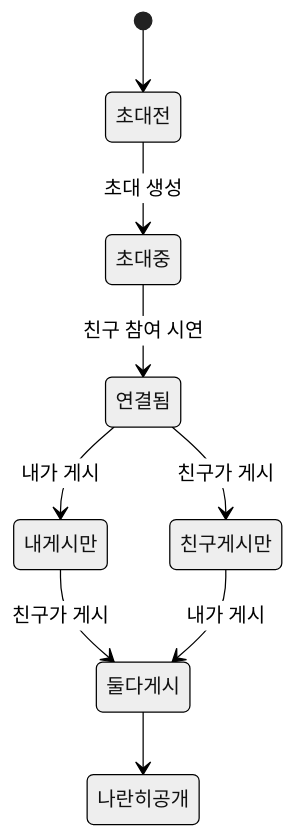
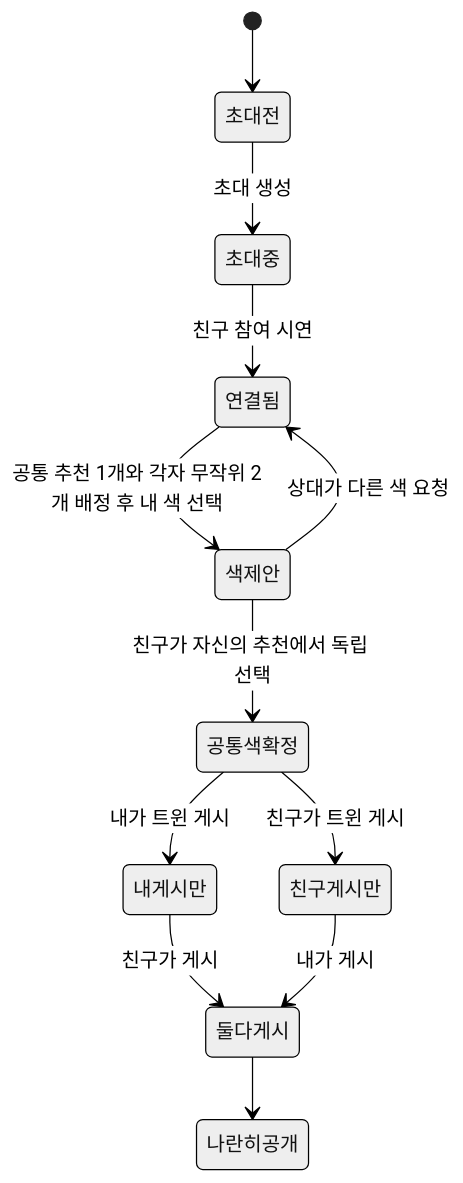
One commit to konga22/Esel changed the second of 2 diagrams in docs/ESEL_HARNESS.md. Above: the diagram before and after it, drawn with Mermaid (neutral theme). The commit also changed other lines of this file and 26 other files, not shown here.

````diff
--- a/docs/ESEL_HARNESS.md
+++ b/docs/ESEL_HARNESS.md
@@ -130,11 +142,14 @@
 ```mermaid
 stateDiagram-v2
     [*] --> 초대전
     초대전 --> 초대중: 초대 생성
     초대중 --> 연결됨: 친구 참여 시연
-    연결됨 --> 내게시만: 내가 게시
-    연결됨 --> 친구게시만: 친구가 게시
+    연결됨 --> 색제안: 공통 추천 1개와 각자 무작위 2개 배정 후 내 색 선택
+    색제안 --> 연결됨: 상대가 다른 색 요청
+    색제안 --> 공통색확정: 친구가 자신의 추천에서 독립 선택
+    공통색확정 --> 내게시만: 내가 트윈 게시
+    공통색확정 --> 친구게시만: 친구가 트윈 게시
     내게시만 --> 둘다게시: 친구가 게시
     친구게시만 --> 둘다게시: 내가 게시
     둘다게시 --> 나란히공개
 ```
````
